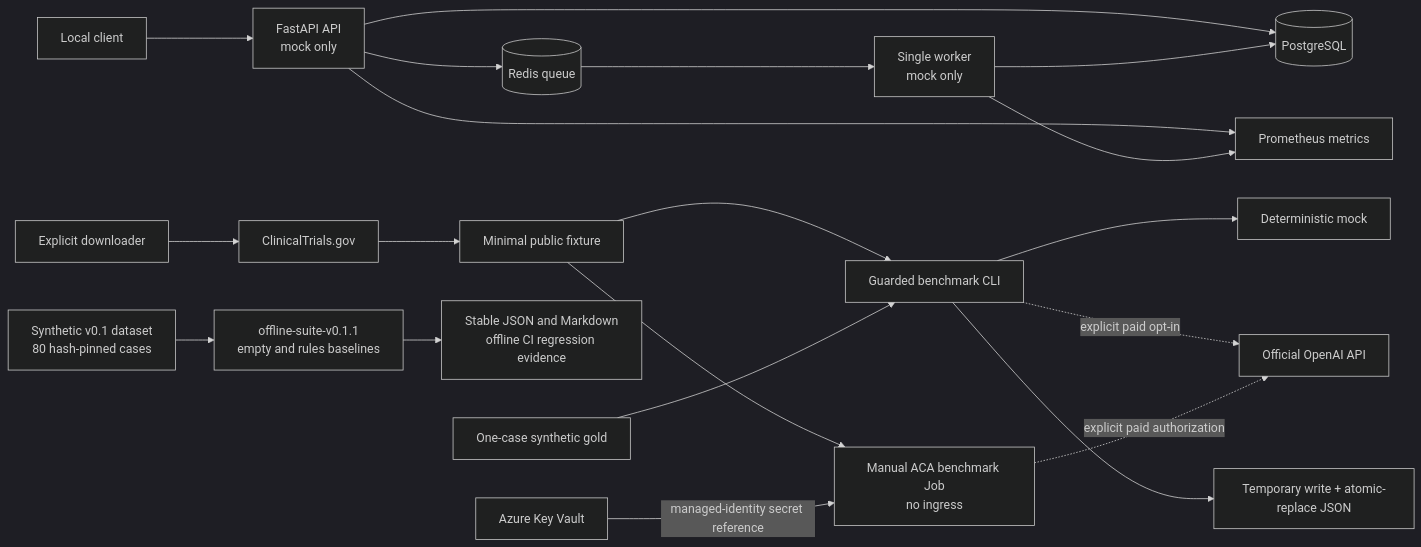
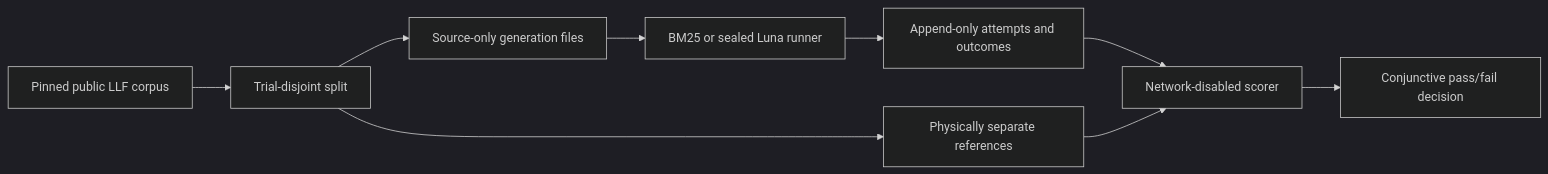
One commit to NevoLevi/CriteriaBench changed the diagram in README.md. Above: the diagram before and after it, drawn with Mermaid (dark theme). The commit also changed other lines of this file and 71 other files, not shown here.

Commit message:
Add preregistered Real v1 LLF benchmark

````diff
--- a/README.md
+++ b/README.md
@@ -27,24 +45,11 @@
 ```mermaid
 flowchart LR
-    U["Local client"] --> A["FastAPI API<br/>mock only"]
-    A --> P[("PostgreSQL")]
-    A --> R[("Redis queue")]
-    R --> W["Single worker<br/>mock only"]
-    W --> P
-    A --> M["Prometheus metrics"]
-    W --> M
-
-    D["Explicit downloader"] --> C["ClinicalTrials.gov"]
-    C --> F["Minimal public fixture"]
-    F --> B["Guarded benchmark CLI"]
-    G["One-case synthetic gold"] --> B
-    B --> X["Deterministic mock"]
-    B -. "explicit paid opt-in" .-> O["Official OpenAI API"]
-    B --> J["Temporary write + atomic-replace JSON"]
-    F --> ACA["Manual ACA benchmark Job<br/>no ingress"]
-    KV["Azure Key Vault"] -->|"managed-identity secret reference"| ACA
-    ACA -. "explicit paid authorization" .-> O
-
-    S["Synthetic v0.1 dataset<br/>80 hash-pinned cases"] --> OB["offline-suite-v0.1.1<br/>empty and rules baselines"]
-    OB --> SR["Stable JSON and Markdown<br/>offline CI regression evidence"]
+    U["Pinned public LLF corpus"] --> S["Trial-disjoint split"]
+    S --> G["Source-only generation files"]
+    S --> R["Physically separate references"]
+    G --> B["BM25 or sealed Luna runner"]
+    B --> P["Append-only attempts and outcomes"]
+    P --> O["Network-disabled scorer"]
+    R --> O
+    O --> D["Conjunctive pass/fail decision"]
 ```
````
